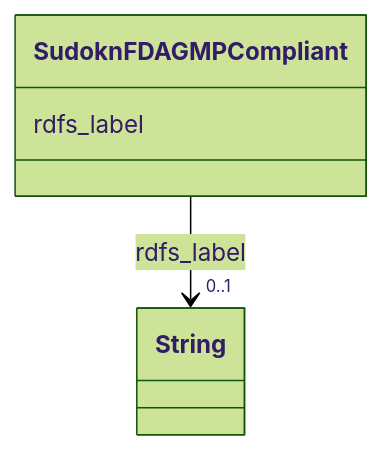
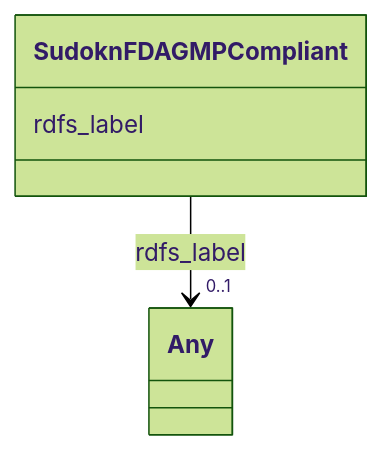
Before and after one commit to frink-okn/graph-descriptions: the diagram in sudokn-kg/classes/SudoknFDAGMPCompliant.md, drawn with Mermaid (forest theme). The commit also changed other lines of this file and 903 other files, not shown here.

````diff
--- a/sudokn-kg/classes/SudoknFDAGMPCompliant.md
+++ b/sudokn-kg/classes/SudoknFDAGMPCompliant.md
@@ -23,15 +18,15 @@
 ```mermaid
  classDiagram
     class SudoknFDAGMPCompliant
     click SudoknFDAGMPCompliant href "../SudoknFDAGMPCompliant"
       SudoknFDAGMPCompliant : rdfs_label
         
           
     
     
-    SudoknFDAGMPCompliant --> "0..1" String : rdfs_label
-    click String href "../String"
+    SudoknFDAGMPCompliant --> "0..1" Any : rdfs_label
+    click Any href "../Any"
 
         
       
 ```
````
